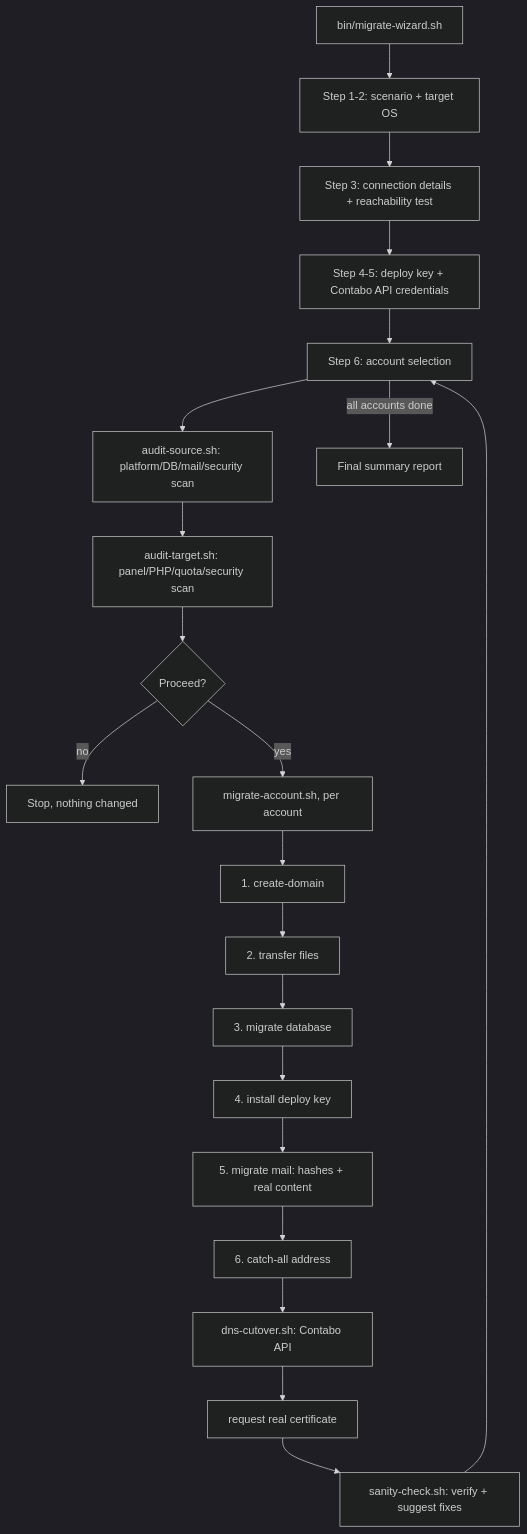
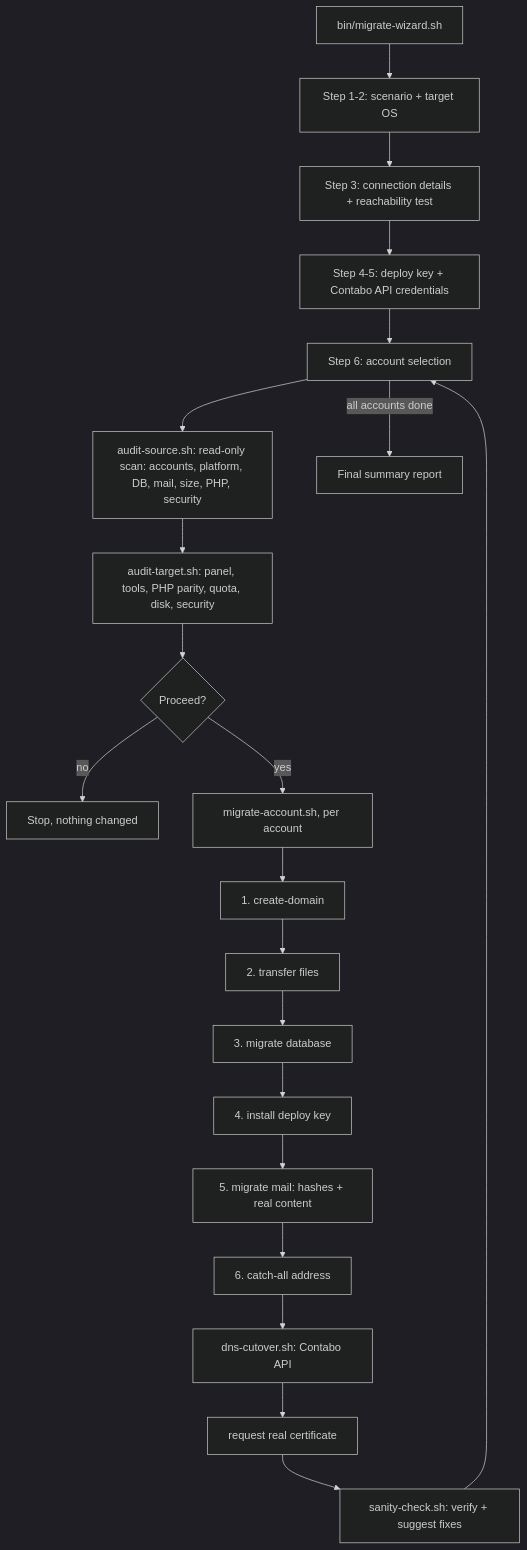
Before and after one commit to dffkt432hz/contabo-panel-migrator: the diagram in docs/ARCHITECTURE.md, drawn with Mermaid (dark theme). The commit also changed other lines of this file and 12 other files, not shown here.

````diff
--- a/docs/ARCHITECTURE.md
+++ b/docs/ARCHITECTURE.md
@@ -26,23 +26,23 @@
 ```mermaid
 flowchart TD
     A[bin/migrate-wizard.sh] --> B[Step 1-2: scenario + target OS]
     B --> C[Step 3: connection details + reachability test]
     C --> D[Step 4-5: deploy key + Contabo API credentials]
     D --> E[Step 6: account selection]
-    E --> F[audit-source.sh: platform/DB/mail/security scan]
-    F --> G[audit-target.sh: panel/PHP/quota/security scan]
+    E --> F[audit-source.sh: read-only scan: accounts, platform, DB, mail, size, PHP, security]
+    F --> G[audit-target.sh: panel, tools, PHP parity, quota, disk, security]
     G --> H{Proceed?}
     H -- no --> Z[Stop, nothing changed]
     H -- yes --> I[migrate-account.sh, per account]
     I --> I1[1. create-domain]
     I1 --> I2[2. transfer files]
     I2 --> I3[3. migrate database]
     I3 --> I4[4. install deploy key]
     I4 --> I5[5. migrate mail: hashes + real content]
     I5 --> I6[6. catch-all address]
     I6 --> J[dns-cutover.sh: Contabo API]
     J --> K[request real certificate]
     K --> L[sanity-check.sh: verify + suggest fixes]
     L --> E
     E -->|all accounts done| M[Final summary report]
 ```
````
